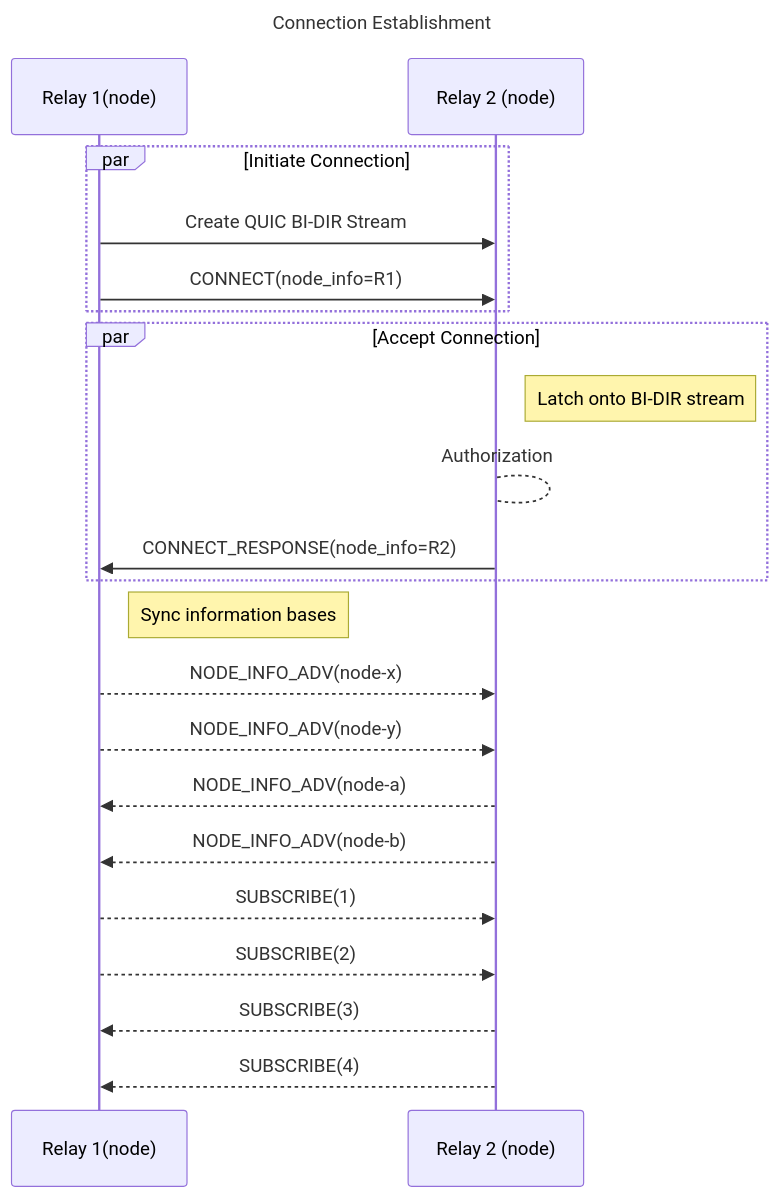
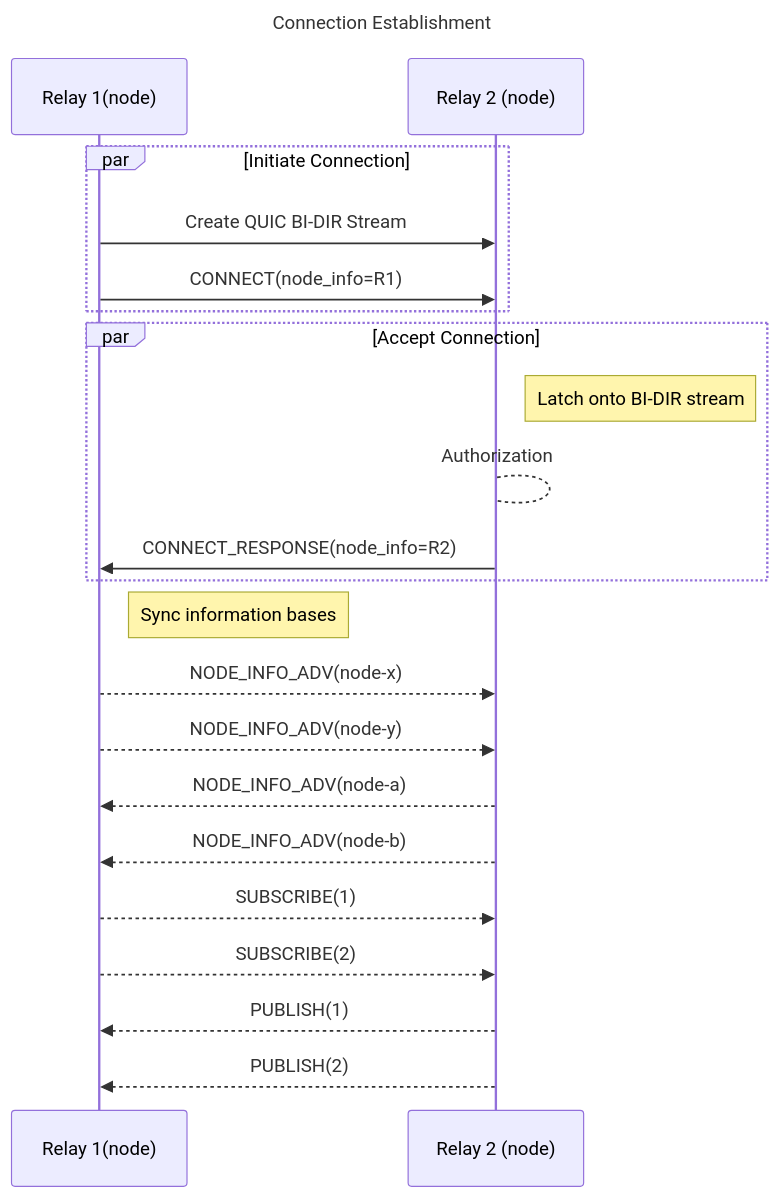
One commit to Quicr/laps changed diagram 22 of 28 in docs/relay-protocol.md. Above: the diagram before and after it, drawn with Mermaid. The commit also changed other lines of this file and 1 other file, not shown here.

````diff
--- a/docs/relay-protocol.md
+++ b/docs/relay-protocol.md
@@ -1630,33 +1710,33 @@
 ```mermaid
 ---
 title: Connection Establishment
 ---
 sequenceDiagram
     participant R1 as Relay 1(node)
     participant R2 as Relay 2 (node)
   
 
     par Initiate Connection
         R1 ->> R2: Create QUIC BI-DIR Stream        
         R1 ->> R2: CONNECT(node_info=R1)
     end
 
     par Accept Connection    
         note right of R2: Latch onto BI-DIR stream
         R2 --> R2: Authorization
         R2 ->> R1: CONNECT_RESPONSE(node_info=R2)
     end
 
     note right of R1: Sync information bases
     R1 -->> R2: NODE_INFO_ADV(node-x)
     R1 -->> R2: NODE_INFO_ADV(node-y)
 
     R2 -->> R1: NODE_INFO_ADV(node-a)
     R2 -->> R1: NODE_INFO_ADV(node-b)
 
     R1 -->> R2: SUBSCRIBE(1)
     R1 -->> R2: SUBSCRIBE(2)
 
-    R2 -->> R1: SUBSCRIBE(3)
-    R2 -->> R1: SUBSCRIBE(4)
+    R2 -->> R1: PUBLISH(1)
+    R2 -->> R1: PUBLISH(2)
 ```
````
